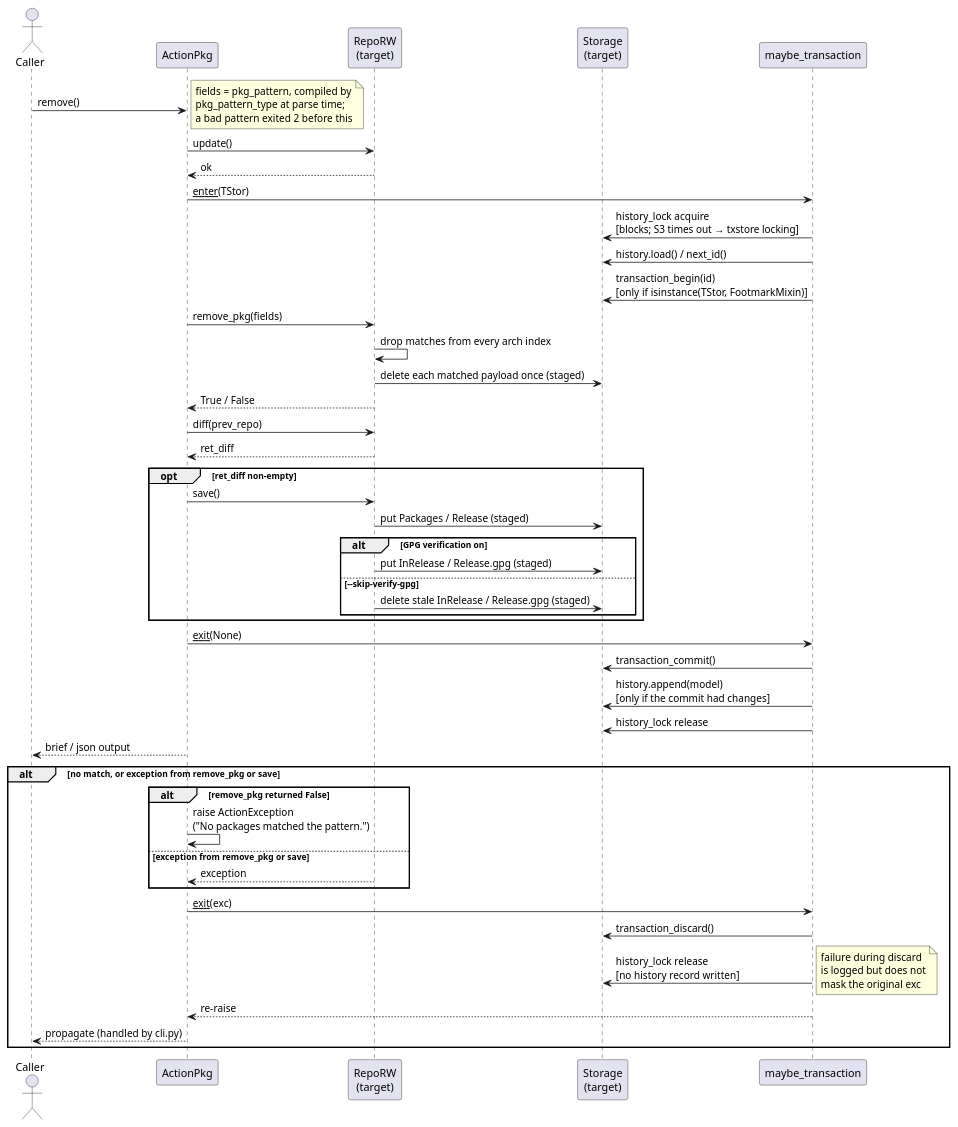
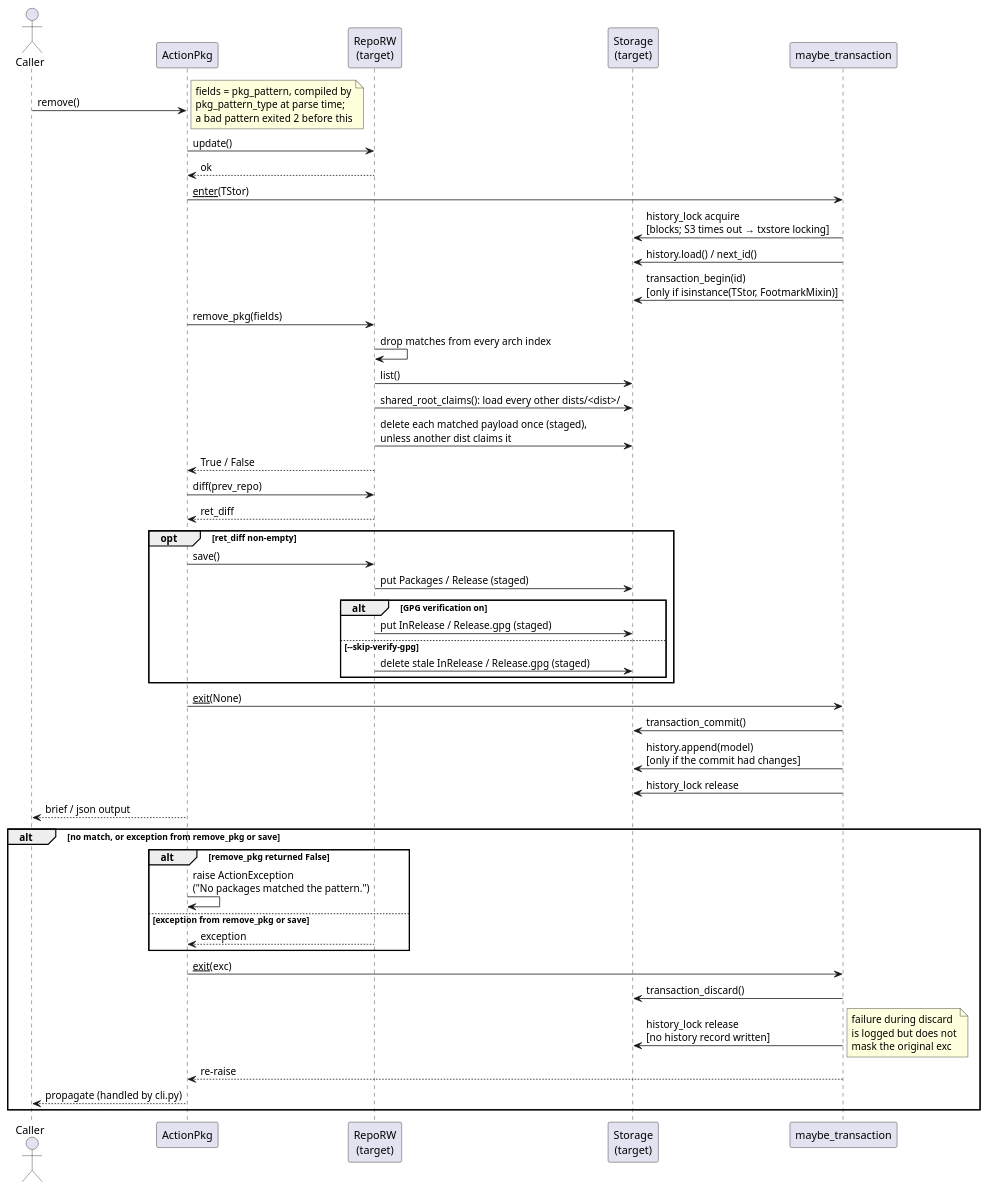
The diagram in docs/development/diagrams/action-pkg-remove-sequence.puml (vinklat/debkit), drawn with PlantUML before and after one commit. The commit also changed 7 other files, not shown here.

First line of the commit message:
Keep a pool payload another dist lists on remove

```diff
--- a/docs/development/diagrams/action-pkg-remove-sequence.puml
+++ b/docs/development/diagrams/action-pkg-remove-sequence.puml
@@ -1,59 +1,61 @@
 @startuml
 actor Caller
 participant ActionPkg
 participant "RepoRW\n(target)" as Tgt
 participant "Storage\n(target)" as TStor
 participant "maybe_transaction" as CM
 
 Caller -> ActionPkg: remove()
 note right
   fields = pkg_pattern, compiled by
   pkg_pattern_type at parse time;
   a bad pattern exited 2 before this
 end note
 
 ActionPkg -> Tgt: update()
 Tgt --> ActionPkg: ok
 
 ActionPkg -> CM: __enter__(TStor)
 CM -> TStor: history_lock acquire\n[blocks; S3 times out → txstore locking]
 CM -> TStor: history.load() / next_id()
 CM -> TStor: transaction_begin(id)\n[only if isinstance(TStor, FootmarkMixin)]
 
 ActionPkg -> Tgt: remove_pkg(fields)
 Tgt -> Tgt: drop matches from every arch index
-Tgt -> TStor: delete each matched payload once (staged)
+Tgt -> TStor: list()
+Tgt -> TStor: shared_root_claims(): load every other dists/<dist>/
+Tgt -> TStor: delete each matched payload once (staged),\nunless another dist claims it
 Tgt --> ActionPkg: True / False
 ActionPkg -> Tgt: diff(prev_repo)
 Tgt --> ActionPkg: ret_diff
 opt ret_diff non-empty
   ActionPkg -> Tgt: save()
   Tgt -> TStor: put Packages / Release (staged)
   alt GPG verification on
     Tgt -> TStor: put InRelease / Release.gpg (staged)
   else --skip-verify-gpg
     Tgt -> TStor: delete stale InRelease / Release.gpg (staged)
   end
 end
 
 ActionPkg -> CM: __exit__(None)
 CM -> TStor: transaction_commit()
 CM -> TStor: history.append(model)\n[only if the commit had changes]
 CM -> TStor: history_lock release
 
 ActionPkg --> Caller: brief / json output
 
 alt no match, or exception from remove_pkg or save
   alt remove_pkg returned False
     ActionPkg -> ActionPkg: raise ActionException\n("No packages matched the pattern.")
   else exception from remove_pkg or save
     Tgt --> ActionPkg: exception
   end
   ActionPkg -> CM: __exit__(exc)
   CM -> TStor: transaction_discard()
   CM -> TStor: history_lock release\n[no history record written]
   note right: failure during discard\nis logged but does not\nmask the original exc
   CM --> ActionPkg: re-raise
   ActionPkg --> Caller: propagate (handled by cli.py)
 end
 @enduml
```
